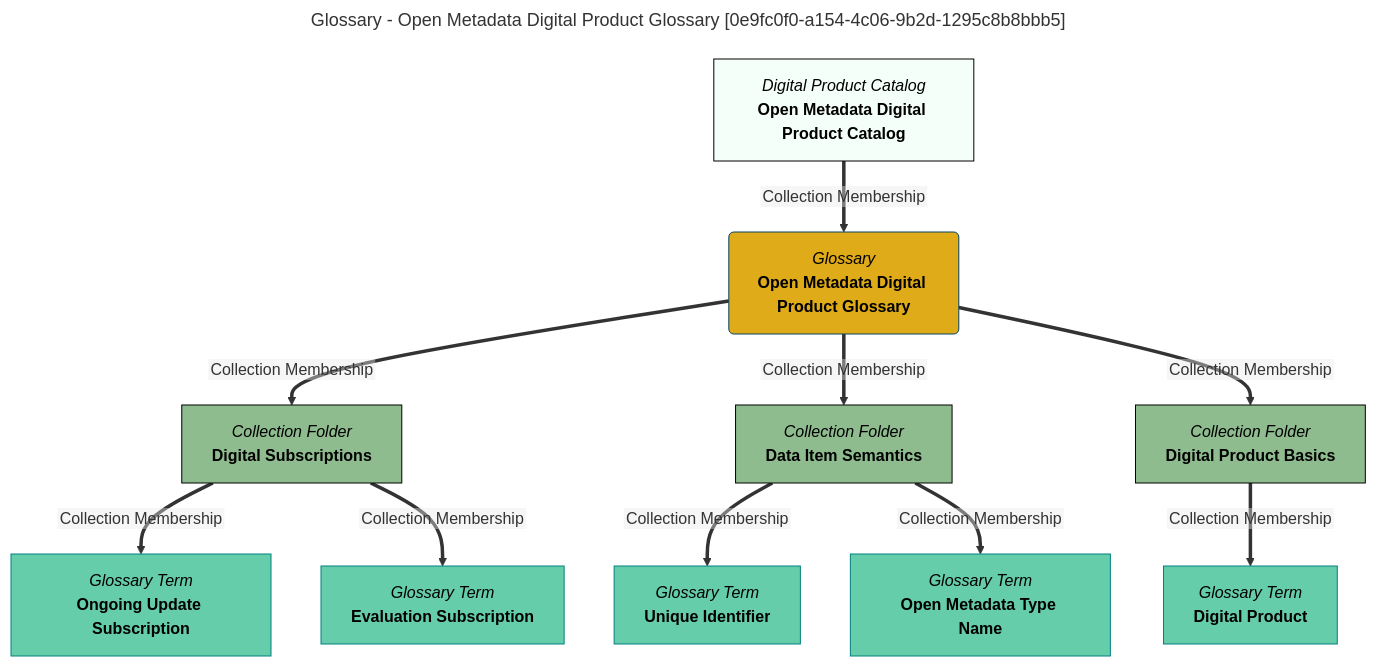
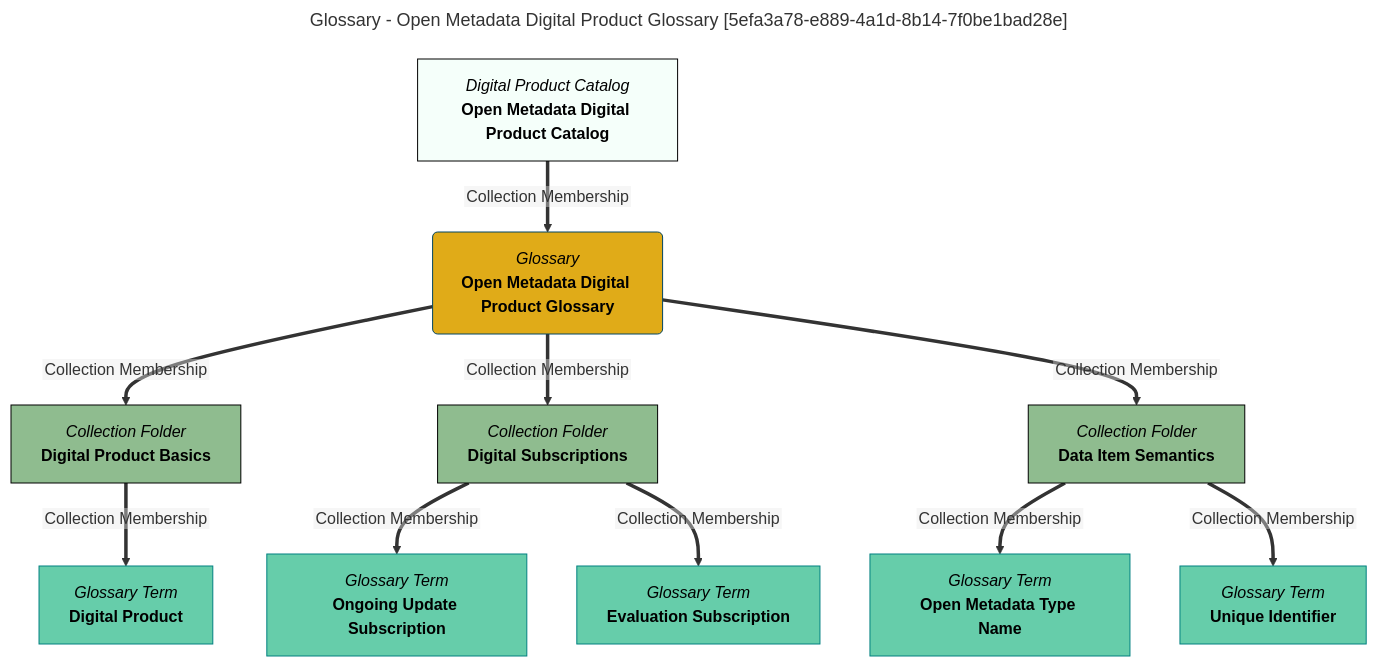
One commit to odpi/egeria-docs changed the diagram in site/snippets/collections/glossaries/open-metadata-digital-product-glossary-mermaid-graph.md. Above: the diagram before and after it, drawn with Mermaid. The commit also changed 2201 other files, not shown here.

````diff
--- a/site/snippets/collections/glossaries/open-metadata-digital-product-glossary-mermaid-graph.md
+++ b/site/snippets/collections/glossaries/open-metadata-digital-product-glossary-mermaid-graph.md
@@ -1,47 +1,47 @@
 ```mermaid
 ---
-title: Glossary - Open Metadata Digital Product Glossary [0e9fc0f0-a154-4c06-9b2d-1295c8b8bbb5]
+title: Glossary - Open Metadata Digital Product Glossary [5efa3a78-e889-4a1d-8b14-7f0be1bad28e]
 ---
 flowchart TD
 %%{init: {"flowchart": {"htmlLabels": false}} }%%
 
 1@{ shape: rounded, label: "*Glossary*
 **Open Metadata Digital Product Glossary**"}
 2@{ shape: rect, label: "*Digital Product Catalog*
 **Open Metadata Digital Product Catalog**"}
 2==>|"Collection Membership"|1
 3@{ shape: rect, label: "*Collection Folder*
-**Digital Subscriptions**"}
+**Digital Product Basics**"}
 1==>|"Collection Membership"|3
 4@{ shape: rect, label: "*Glossary Term*
+**Digital Product**"}
+3==>|"Collection Membership"|4
+5@{ shape: rect, label: "*Collection Folder*
+**Digital Subscriptions**"}
+1==>|"Collection Membership"|5
+6@{ shape: rect, label: "*Glossary Term*
 **Ongoing Update Subscription**"}
-3==>|"Collection Membership"|4
-5@{ shape: rect, label: "*Glossary Term*
+5==>|"Collection Membership"|6
+7@{ shape: rect, label: "*Glossary Term*
 **Evaluation Subscription**"}
-3==>|"Collection Membership"|5
-6@{ shape: rect, label: "*Collection Folder*
+5==>|"Collection Membership"|7
+8@{ shape: rect, label: "*Collection Folder*
 **Data Item Semantics**"}
-1==>|"Collection Membership"|6
-7@{ shape: rect, label: "*Glossary Term*
+1==>|"Collection Membership"|8
+9@{ shape: rect, label: "*Glossary Term*
+**Open Metadata Type Name**"}
+8==>|"Collection Membership"|9
+10@{ shape: rect, label: "*Glossary Term*
 **Unique Identifier**"}
-6==>|"Collection Membership"|7
-8@{ shape: rect, label: "*Glossary Term*
-**Open Metadata Type Name**"}
-6==>|"Collection Membership"|8
-9@{ shape: rect, label: "*Collection Folder*
-**Digital Product Basics**"}
-1==>|"Collection Membership"|9
-10@{ shape: rect, label: "*Glossary Term*
-**Digital Product**"}
-9==>|"Collection Membership"|10
+8==>|"Collection Membership"|10
 style 1 color:#000000, fill:#e0ab18, stroke:#004563
 style 2 color:#000000, fill:#f5fffa, stroke:#000000
 style 3 color:#000000, fill:#8fbc8f, stroke:#000000
-style 4 color:#000000, fill:#66cdaa, stroke:#008080
-style 5 color:#000000, fill:#66cdaa, stroke:#008080
-style 6 color:#000000, fill:#8fbc8f, stroke:#000000
-style 7 color:#000000, fill:#66cdaa, stroke:#008080
-style 8 color:#000000, fill:#66cdaa, stroke:#008080
-style 9 color:#000000, fill:#8fbc8f, stroke:#000000
-style 10 color:#000000, fill:#66cdaa, stroke:#008080
+style 4 color:#000000, fill:#66CDAA, stroke:#008080
+style 5 color:#000000, fill:#8fbc8f, stroke:#000000
+style 6 color:#000000, fill:#66CDAA, stroke:#008080
+style 7 color:#000000, fill:#66CDAA, stroke:#008080
+style 8 color:#000000, fill:#8fbc8f, stroke:#000000
+style 9 color:#000000, fill:#66CDAA, stroke:#008080
+style 10 color:#000000, fill:#66CDAA, stroke:#008080
 ```
````
